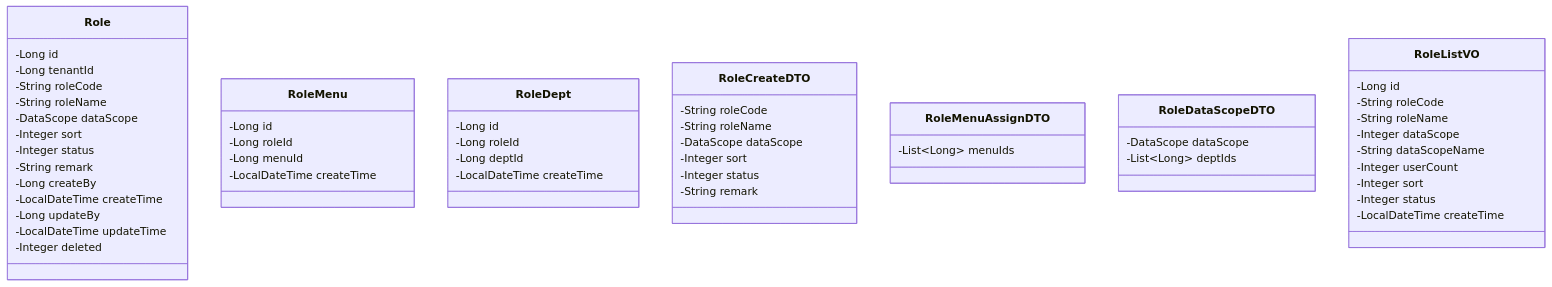
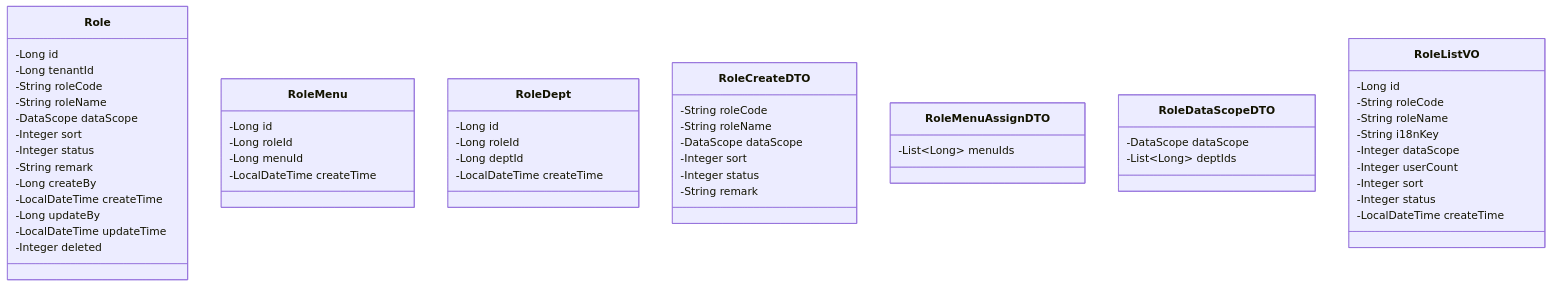
The third of 9 diagrams in doc/design/modules/rbac/modules/角色管理/后端详细设计.md (andychen93/gentry-rbac-scaffold), drawn with Mermaid before and after one commit. The commit also changed other lines of this file and 7 other files, not shown here.

````diff
--- a/doc/design/modules/rbac/modules/角色管理/后端详细设计.md
+++ b/doc/design/modules/rbac/modules/角色管理/后端详细设计.md
@@ -302,64 +302,64 @@
 ```mermaid
 classDiagram
     direction TB
 
     class Role {
         -Long id
         -Long tenantId
         -String roleCode
         -String roleName
         -DataScope dataScope
         -Integer sort
         -Integer status
         -String remark
         -Long createBy
         -LocalDateTime createTime
         -Long updateBy
         -LocalDateTime updateTime
         -Integer deleted
     }
 
     class RoleMenu {
         -Long id
         -Long roleId
         -Long menuId
         -LocalDateTime createTime
     }
 
     class RoleDept {
         -Long id
         -Long roleId
         -Long deptId
         -LocalDateTime createTime
     }
 
     class RoleCreateDTO {
         -String roleCode
         -String roleName
         -DataScope dataScope
         -Integer sort
         -Integer status
         -String remark
     }
 
     class RoleMenuAssignDTO {
         -List~Long~ menuIds
     }
 
     class RoleDataScopeDTO {
         -DataScope dataScope
         -List~Long~ deptIds
     }
 
     class RoleListVO {
         -Long id
         -String roleCode
         -String roleName
+        -String i18nKey
         -Integer dataScope
-        -String dataScopeName
         -Integer userCount
         -Integer sort
         -Integer status
         -LocalDateTime createTime
     }
 ```
````
